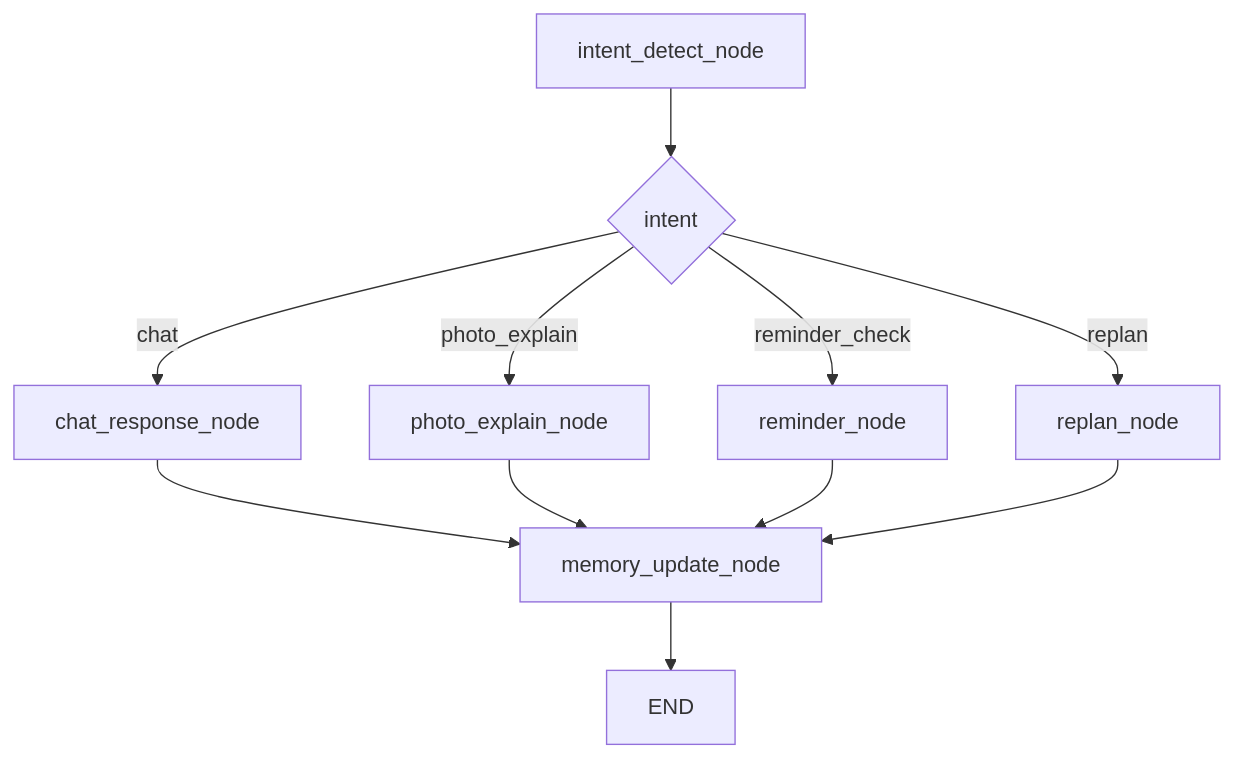
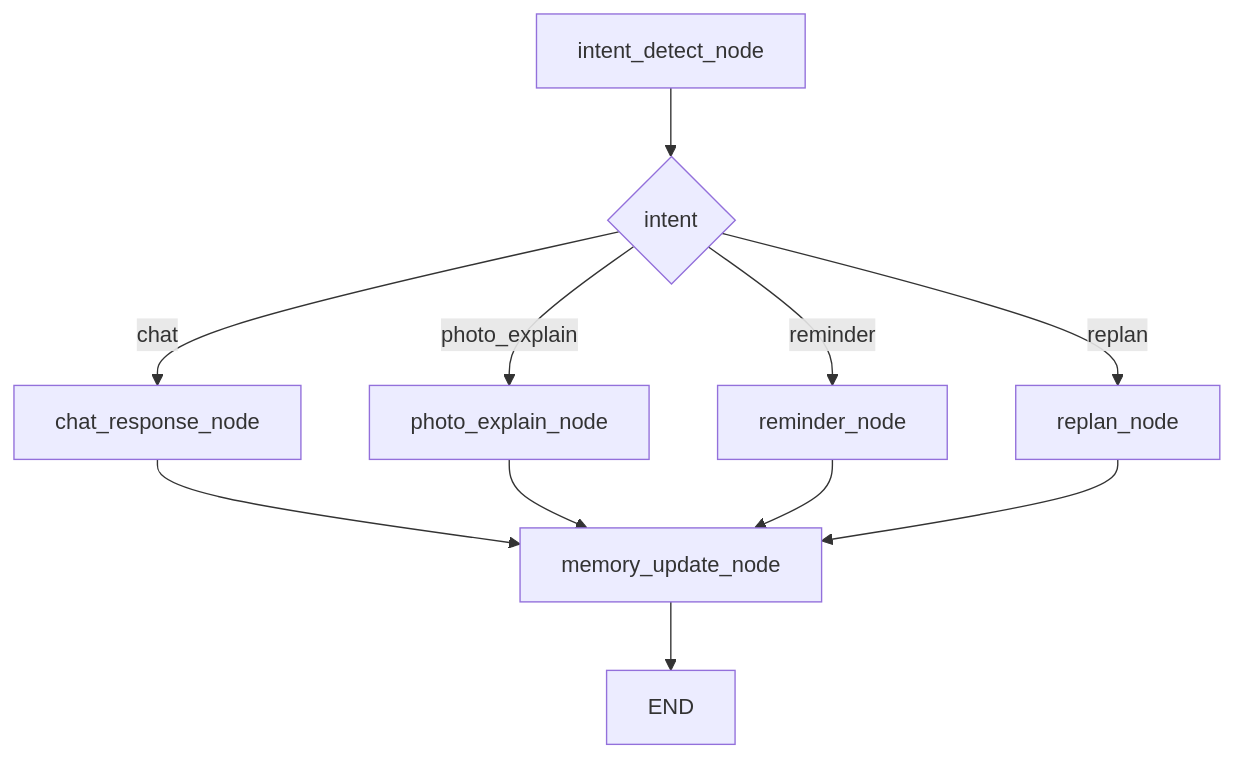
One commit to linzch23/DaoYou changed the third of 10 diagrams in docs/技术设计文档.md. Above: the diagram before and after it, drawn with Mermaid. The commit also changed other lines of this file and 20 other files, not shown here.

````diff
--- a/docs/技术设计文档.md
+++ b/docs/技术设计文档.md
@@ -384,13 +393,13 @@
 ```mermaid
 flowchart TD
     A[intent_detect_node] --> B{intent}
     B -->|chat| C[chat_response_node]
     B -->|photo_explain| D[photo_explain_node]
-    B -->|reminder_check| E[reminder_node]
+    B -->|reminder| E[reminder_node]
     B -->|replan| F[replan_node]
     C --> G[memory_update_node]
     D --> G
     E --> G
     F --> G
     G --> H[END]
 ```
````
